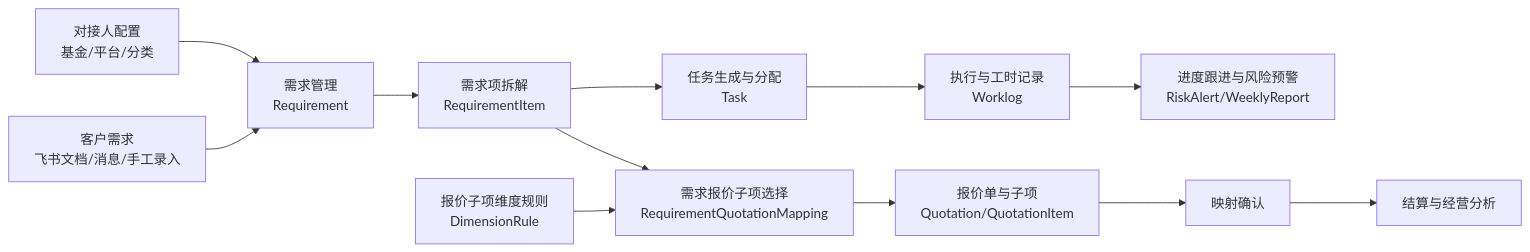
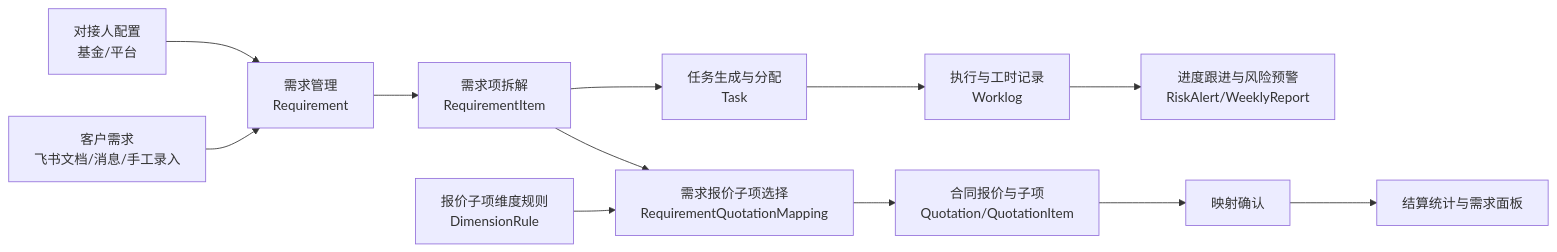
One commit to easyLong/xlyq-efficiency-engine changed the second of 5 diagrams in DIAGRAMS.md. Above: the diagram before and after it, drawn with Mermaid. The commit also changed other lines of this file and 42 other files, not shown here.

Commit message:
Refine workflow data architecture and docs

````diff
--- a/DIAGRAMS.md
+++ b/DIAGRAMS.md
@@ -53,27 +53,27 @@
 ```mermaid
 flowchart LR
-    A0[对接人配置<br/>基金/平台/分类]
+    A0[对接人配置<br/>基金/平台]
     A[客户需求<br/>飞书文档/消息/手工录入]
     B[需求管理<br/>Requirement]
     C[需求项拆解<br/>RequirementItem]
     D[任务生成与分配<br/>Task]
     E[执行与工时记录<br/>Worklog]
     F[进度跟进与风险预警<br/>RiskAlert/WeeklyReport]
     G[需求报价子项选择<br/>RequirementQuotationMapping]
-    H[报价单与子项<br/>Quotation/QuotationItem]
+    H[合同报价与子项<br/>Quotation/QuotationItem]
     H0[报价子项维度规则<br/>DimensionRule]
     I[映射确认]
-    J[结算与经营分析]
+    J[结算统计与需求面板]
 
     A0 --> B
     A --> B
     B --> C
     C --> D
     D --> E
     E --> F
     C --> G
     H0 --> G
     G --> H
     H --> I
     I --> J
 ```
````
